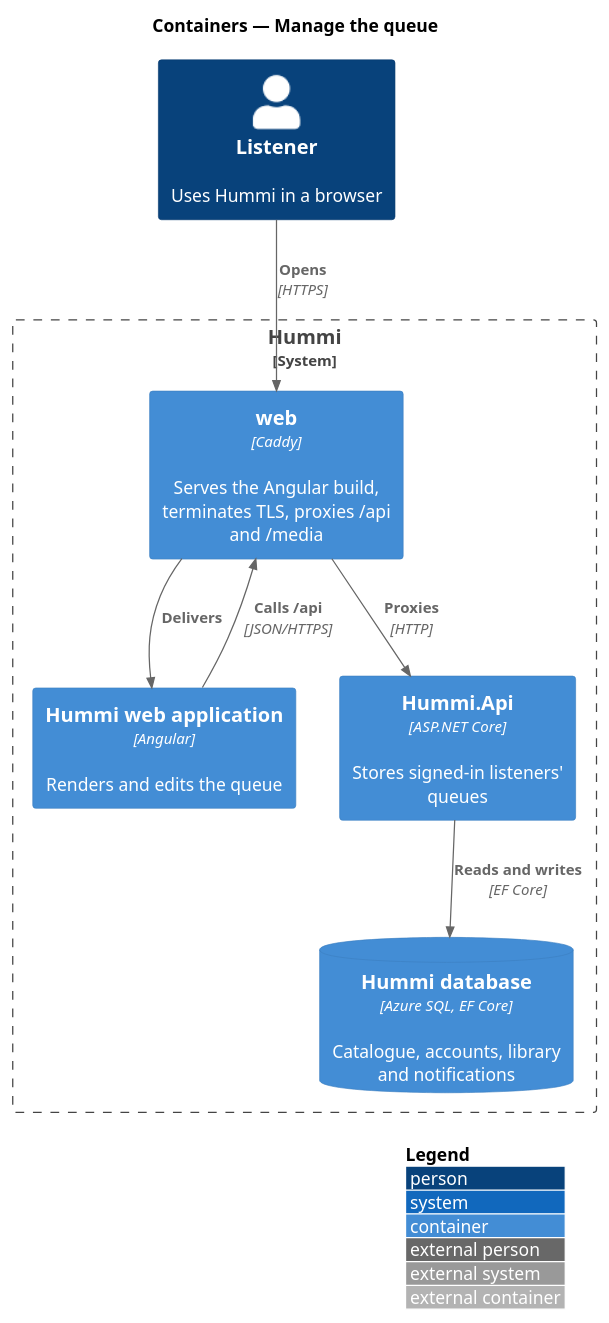
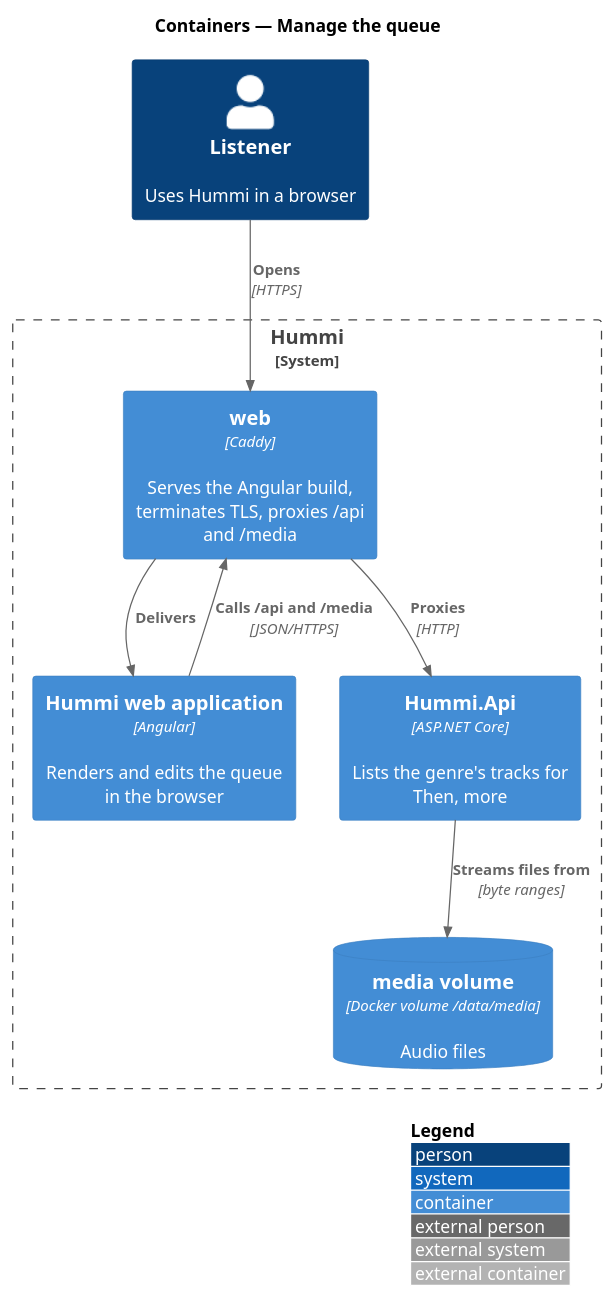
The diagram in docs/detailed-designs/playback/manage-queue/diagrams/c4-container.puml (QuinntyneBrown/hummi), drawn with PlantUML before and after one commit. The commit also changed 156 other files, not shown here.

```diff
--- a/docs/detailed-designs/playback/manage-queue/diagrams/c4-container.puml
+++ b/docs/detailed-designs/playback/manage-queue/diagrams/c4-container.puml
@@ -1,18 +1,18 @@
 @startuml
 !include <C4/C4_Container>
 LAYOUT_WITH_LEGEND()
 title Containers — Manage the queue
 
 Person(listener, "Listener", "Uses Hummi in a browser")
 System_Boundary(hummi, "Hummi") {
   Container(web, "web", "Caddy", "Serves the Angular build, terminates TLS, proxies /api and /media")
-  Container(spa, "Hummi web application", "Angular", "Renders and edits the queue")
-  Container(api, "Hummi.Api", "ASP.NET Core", "Stores signed-in listeners' queues")
-  ContainerDb(db, "Hummi database", "Azure SQL, EF Core", "Catalogue, accounts, library and notifications")
+  Container(spa, "Hummi web application", "Angular", "Renders and edits the queue in the browser")
+  Container(api, "Hummi.Api", "ASP.NET Core", "Lists the genre's tracks for Then, more")
+  ContainerDb(media, "media volume", "Docker volume /data/media", "Audio files")
 }
 Rel(listener, web, "Opens", "HTTPS")
 Rel(web, spa, "Delivers")
-Rel(spa, web, "Calls /api", "JSON/HTTPS")
+Rel(spa, web, "Calls /api and /media", "JSON/HTTPS")
 Rel(web, api, "Proxies", "HTTP")
-Rel(api, db, "Reads and writes", "EF Core")
+Rel(api, media, "Streams files from", "byte ranges")
 @enduml
```
